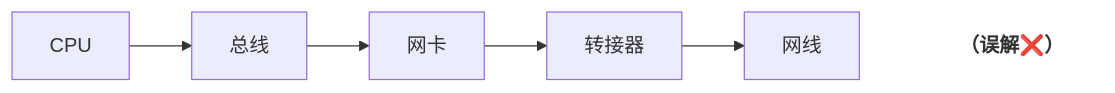
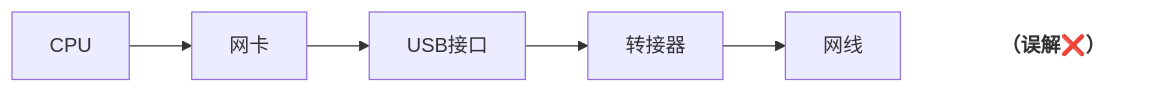
Before and after one commit to ZSCNetSupportDept/website: the first of 2 diagrams in docs/wiki/05-基础知识/09-科普/转接器.md, drawn with Mermaid. The commit also changed other lines of this file and 11 other files, not shown here.

````diff
--- a/docs/wiki/05-基础知识/09-科普/转接器.md
+++ b/docs/wiki/05-基础知识/09-科普/转接器.md
@@ -14,10 +14,10 @@
 ```mermaid
 
 graph LR 
-CPU-->总线-->网卡-->转接器-->网线
+CPU-->网卡-->USB接口-->转接器-->网线
 title[<b>（误解❌）</b>]
 网线-->title
 style title fill:#FFF,stroke:#FFF
 linkStyle 4 stroke:#FFF,stroke-width:0;
 
 ```
````
